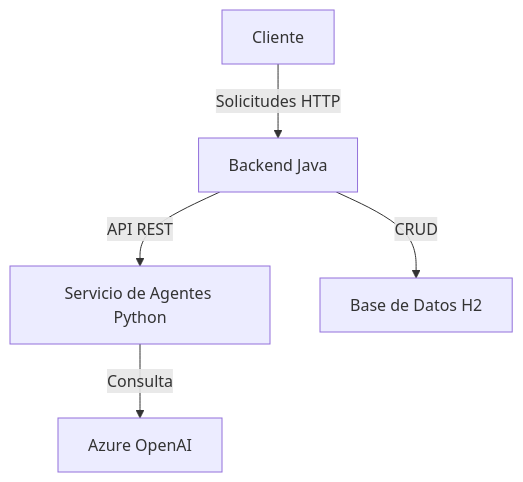
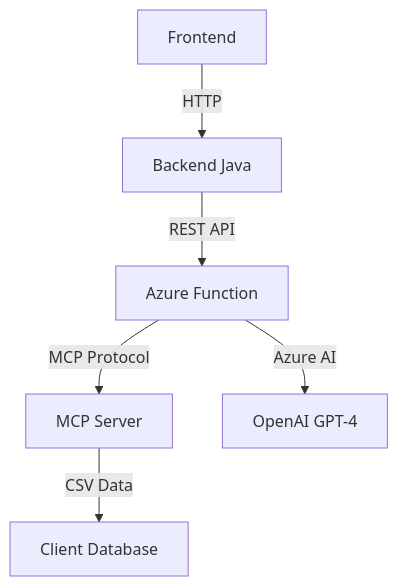
The diagram in backend/docs/research/llm-implementations/ai_agents_architecture.md (sjlvanq/nc-oneiila-e14b), drawn with Mermaid before and after one commit. The commit also changed other lines of this file, not shown here.

Commit message:
docs: update architecture documentation with MCP integration

````diff
--- a/backend/docs/research/llm-implementations/ai_agents_architecture.md
+++ b/backend/docs/research/llm-implementations/ai_agents_architecture.md
@@ -5,7 +7,8 @@
 ```mermaid
 graph TD
-    A[Cliente] -->|Solicitudes HTTP| B[Backend Java]
-    B -->|API REST| C[Servicio de Agentes Python]
-    C -->|Consulta| D[Azure OpenAI]
-    B -->|CRUD| E[Base de Datos H2]
+    A[Frontend] -->|HTTP| B[Backend Java]
+    B -->|REST API| C[Azure Function]
+    C -->|MCP Protocol| D[MCP Server]
+    D -->|CSV Data| E[Client Database]
+    C -->|Azure AI| F[OpenAI GPT-4]
 ```
````
